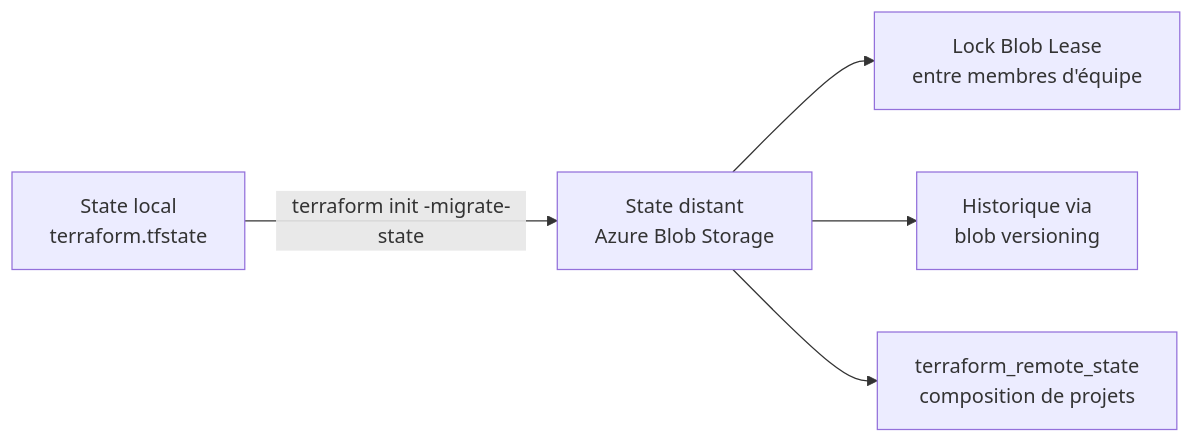
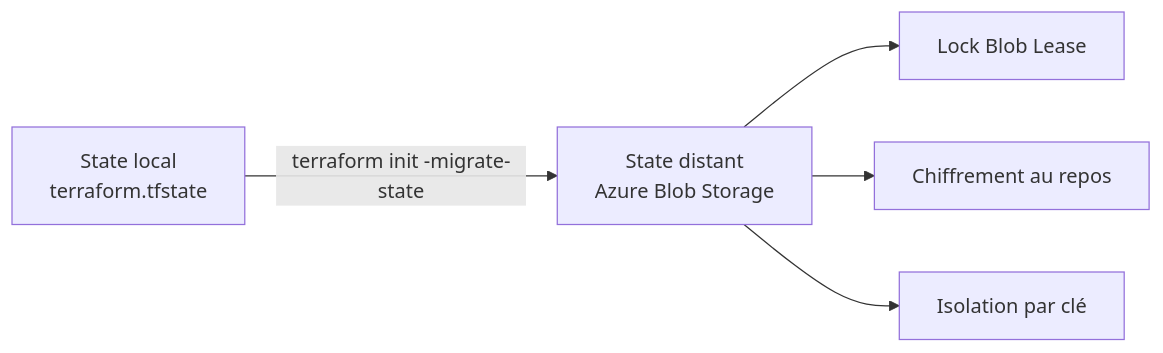
One commit to msellamiTN/Snowflake-terraform changed the diagram in courses/day-01/module-02-state-management/lab.md. Above: the diagram before and after it, drawn with Mermaid. The commit also changed other lines of this file and 2 other files, not shown here.

````diff
--- a/courses/day-01/module-02-state-management/lab.md
+++ b/courses/day-01/module-02-state-management/lab.md
@@ -61,7 +18,7 @@
 ```mermaid
 flowchart LR
     A[State local<br/>terraform.tfstate] -->|terraform init -migrate-state| B[State distant<br/>Azure Blob Storage]
-    B --> C[Lock Blob Lease<br/>entre membres d'équipe]
-    B --> D[Historique via<br/>blob versioning]
-    B --> E[terraform_remote_state<br/>composition de projets]
+    B --> C[Lock Blob Lease]
+    B --> D[Chiffrement au repos]
+    B --> E[Isolation par clé]
 ```
````
